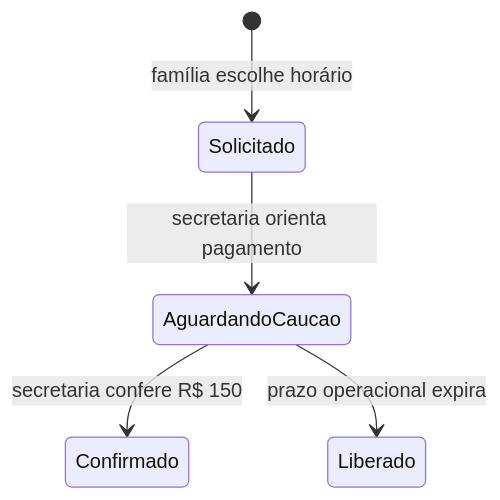
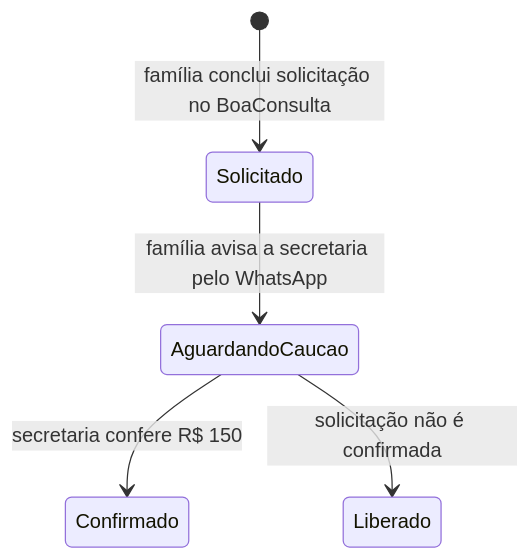
One commit to jadsonfraga/neuroped changed the diagram in docs/SECRETARIA_IA_RECONSTRUCAO.md. Above: the diagram before and after it, drawn with Mermaid. The commit also changed other lines of this file, not shown here.

Commit message:
docs(secretaria): tornar runbook fonte canônica consolidada

````diff
--- a/docs/SECRETARIA_IA_RECONSTRUCAO.md
+++ b/docs/SECRETARIA_IA_RECONSTRUCAO.md
@@ -41,7 +54,7 @@
 ```mermaid
 stateDiagram-v2
-  [*] --> Solicitado: família escolhe horário
-  Solicitado --> AguardandoCaucao: secretaria orienta pagamento
+  [*] --> Solicitado: família conclui solicitação no BoaConsulta
+  Solicitado --> AguardandoCaucao: família avisa a secretaria pelo WhatsApp
   AguardandoCaucao --> Confirmado: secretaria confere R$ 150
-  AguardandoCaucao --> Liberado: prazo operacional expira
+  AguardandoCaucao --> Liberado: solicitação não é confirmada
 ```
````
